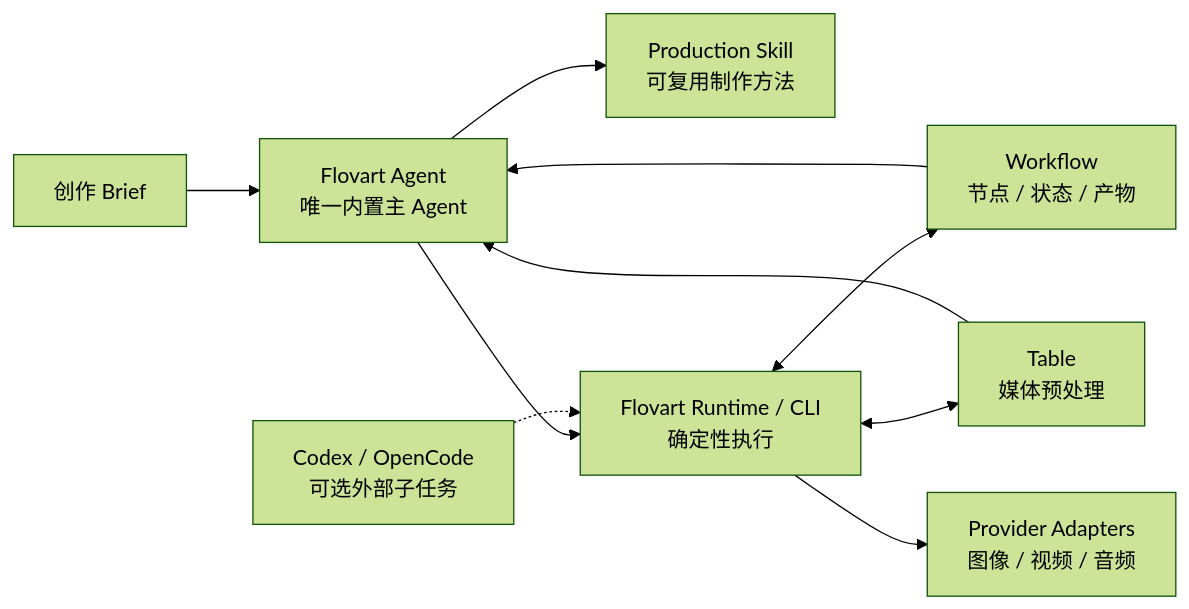
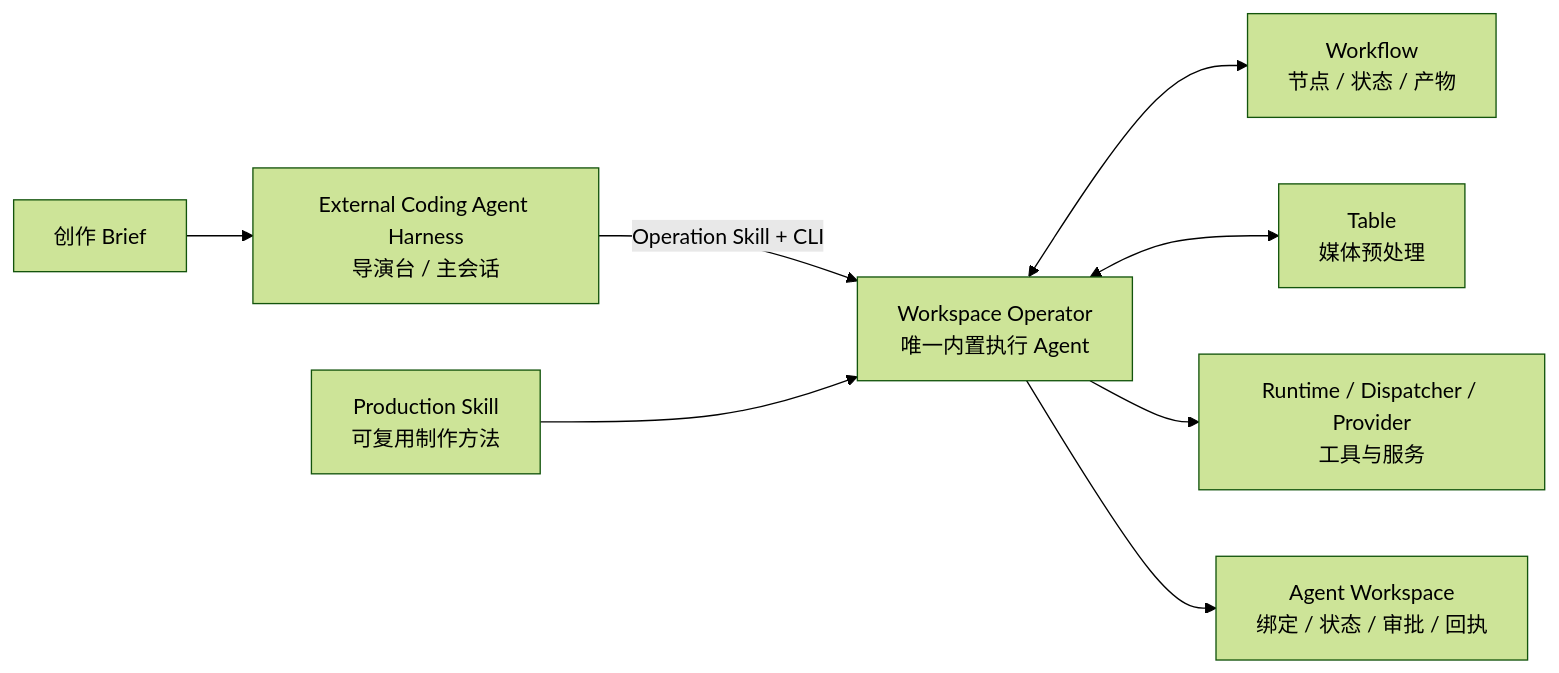
One commit to Paker-kk/Flovart changed the diagram in README.md. Above: the diagram before and after it, drawn with Mermaid (forest theme). The commit also changed other lines of this file and 67 other files, not shown here.

````diff
--- a/README.md
+++ b/README.md
@@ -74,12 +75,10 @@
 ```mermaid
 flowchart LR
-  B["创作 Brief"] --> A["Flovart Agent<br/>唯一内置主 Agent"]
-  A --> S["Production Skill<br/>可复用制作方法"]
-  A --> C["Flovart Runtime / CLI<br/>确定性执行"]
-  X["Codex / OpenCode<br/>可选外部子任务"] -.-> C
-  C <--> W["Workflow<br/>节点 / 状态 / 产物"]
-  C <--> T["Table<br/>媒体预处理"]
-  C --> M["Provider Adapters<br/>图像 / 视频 / 音频"]
-  W --> A
-  T --> A
+  B["创作 Brief"] --> D["External Coding Agent Harness<br/>导演台 / 主会话"]
+  D -->|"Operation Skill + CLI"| O["Workspace Operator<br/>唯一内置执行 Agent"]
+  S["Production Skill<br/>可复用制作方法"] --> O
+  O <--> W["Workflow<br/>节点 / 状态 / 产物"]
+  O <--> T["Table<br/>媒体预处理"]
+  O --> R["Runtime / Dispatcher / Provider<br/>工具与服务"]
+  O --> A["Agent Workspace<br/>绑定 / 状态 / 审批 / 回执"]
 ```
````
